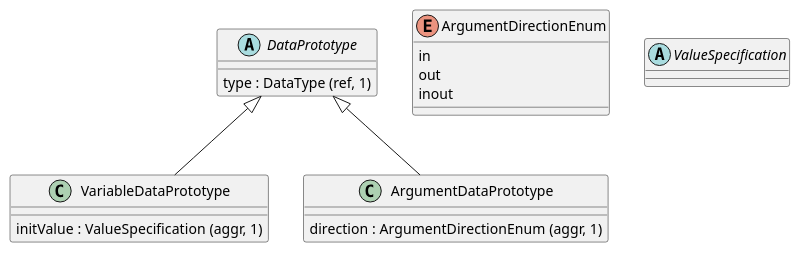
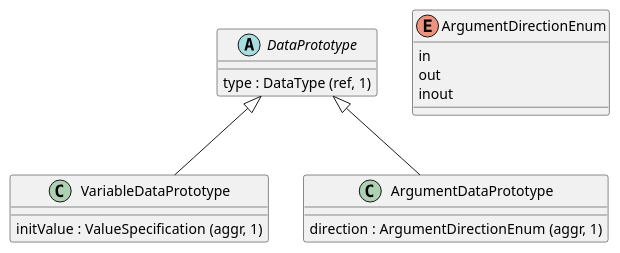
The fifth of 19 diagrams in vault-base/Topics/Technical-Topics/OS/AUTOSAR/General/AUTOSAR-SW-Components.md (hazemanwer2000/knowledge-base), drawn with PlantUML before and after one commit. The commit also changed other lines of this file, not shown here.

````diff
--- a/vault-base/Topics/Technical-Topics/OS/AUTOSAR/General/AUTOSAR-SW-Components.md
+++ b/vault-base/Topics/Technical-Topics/OS/AUTOSAR/General/AUTOSAR-SW-Components.md
@@ -113,19 +108,18 @@
 ```plantuml
 abstract DataPrototype {
 	type : DataType (ref, 1)
 }
 class VariableDataPrototype {
 	initValue : ValueSpecification (aggr, 1)
 }
 class ArgumentDataPrototype {
 	direction : ArgumentDirectionEnum (aggr, 1)
 }
 enum ArgumentDirectionEnum {
 	in
 	out
 	inout
 }
-abstract ValueSpecification
 DataPrototype <|-- VariableDataPrototype
 DataPrototype <|-- ArgumentDataPrototype
 ```
````
